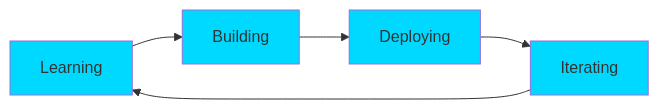
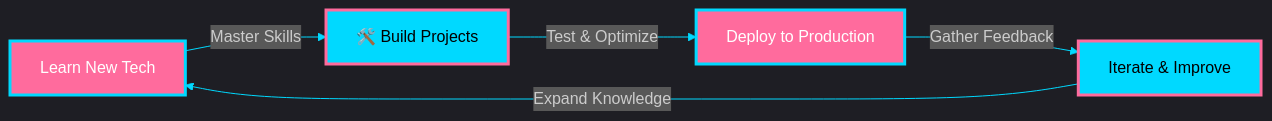
The diagram in README.md (Codift05/Codift05), drawn with Mermaid before and after one commit. The commit also changed other lines of this file and 2 other files, not shown here.

````diff
--- a/README.md
+++ b/README.md
@@ -116,11 +153,13 @@
 ```mermaid
+%%{init: {'theme':'dark', 'themeVariables': { 'primaryColor':'#ff6b9d', 'primaryTextColor':'#fff', 'primaryBorderColor':'#00d9ff', 'lineColor':'#00d9ff', 'secondaryColor':'#1a1b27', 'tertiaryColor':'#2d2e3a'}}}%%
 graph LR
-    A[Learning] --> B[Building]
-    B --> C[Deploying]
-    C --> D[Iterating]
-    D --> A
-    style A fill:#00D9FF
-    style B fill:#00D9FF
-    style C fill:#00D9FF
-    style D fill:#00D9FF
+    A[ Learn New Tech] -->|Master Skills| B[🛠️ Build Projects]
+    B -->|Test & Optimize| C[ Deploy to Production]
+    C -->|Gather Feedback| D[ Iterate & Improve]
+    D -->|Expand Knowledge| A
+    
+    style A fill:#ff6b9d,stroke:#00d9ff,stroke-width:3px,color:#fff
+    style B fill:#00d9ff,stroke:#ff6b9d,stroke-width:3px,color:#000
+    style C fill:#ff6b9d,stroke:#00d9ff,stroke-width:3px,color:#fff
+    style D fill:#00d9ff,stroke:#ff6b9d,stroke-width:3px,color:#000
 ```
````
